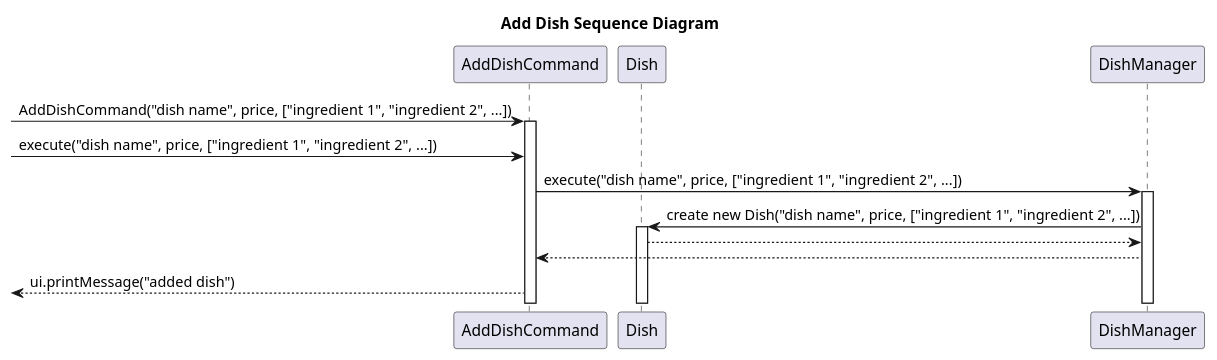
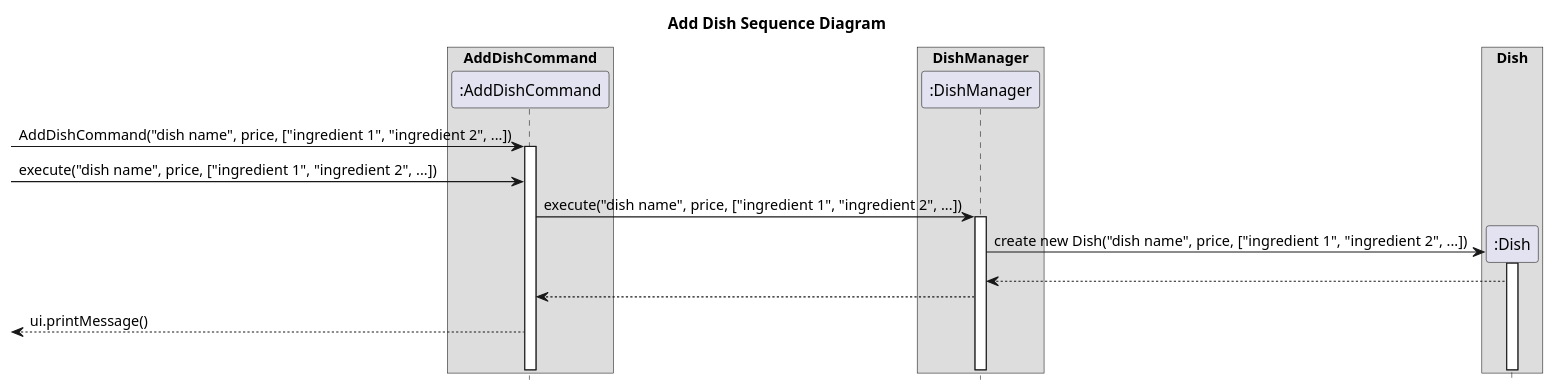
Before and after one commit to nus-cs2113-AY2223S2/tp: the diagram in docs/uml/AddDishCommandSequenceDiagram.puml, drawn with PlantUML. The commit also changed 8 other files, not shown here.

First line of the commit message:
Create UML sequence diagrams for Dish commands

```diff
--- a/docs/uml/AddDishCommandSequenceDiagram.puml
+++ b/docs/uml/AddDishCommandSequenceDiagram.puml
@@ -1,22 +1,28 @@
 @startuml
+hide footbox
 title Add Dish Sequence Diagram
 
-'actor User
-participant AddDishCommand
-participant Dish
-participant DishManager
+box "AddDishCommand"
+participant ":AddDishCommand" as AddDishCommand
+endbox
 
--> AddDishCommand: AddDishCommand("dish name", price, ["ingredient 1", "ingredient 2", ...])
-'AddDishCommand -> AddDishCommand: AddDishCommand("dish name", price, ["ingredient 1", "ingredient 2", ...])
-Activate AddDishCommand
+box "DishManager"
+participant ":DishManager" as DishManager
+endbox
 
+box "Dish"
+participant ":Dish" as Dish
+endbox
+
+-> AddDishCommand ++ : AddDishCommand("dish name", price, ["ingredient 1", "ingredient 2", ...])
 -> AddDishCommand: execute("dish name", price, ["ingredient 1", "ingredient 2", ...])
-AddDishCommand -> DishManager: execute("dish name", price, ["ingredient 1", "ingredient 2", ...])
-'DishManager -> DishManager: DishManager()
-Activate DishManager
-Dish <- DishManager: create new Dish("dish name", price, ["ingredient 1", "ingredient 2", ...])
-Activate Dish
-Dish --> DishManager:
+AddDishCommand -> DishManager ++ : execute("dish name", price, ["ingredient 1", "ingredient 2", ...])
+
+create Dish
+Dish <- DishManager ++ : create new Dish("dish name", price, ["ingredient 1", "ingredient 2", ...])
+Dish --> DishManager
 AddDishCommand <-- DishManager
-<-- AddDishCommand: ui.printMessage("added dish")
+<-- AddDishCommand: ui.printMessage()
+
+|||
 @enduml
```
